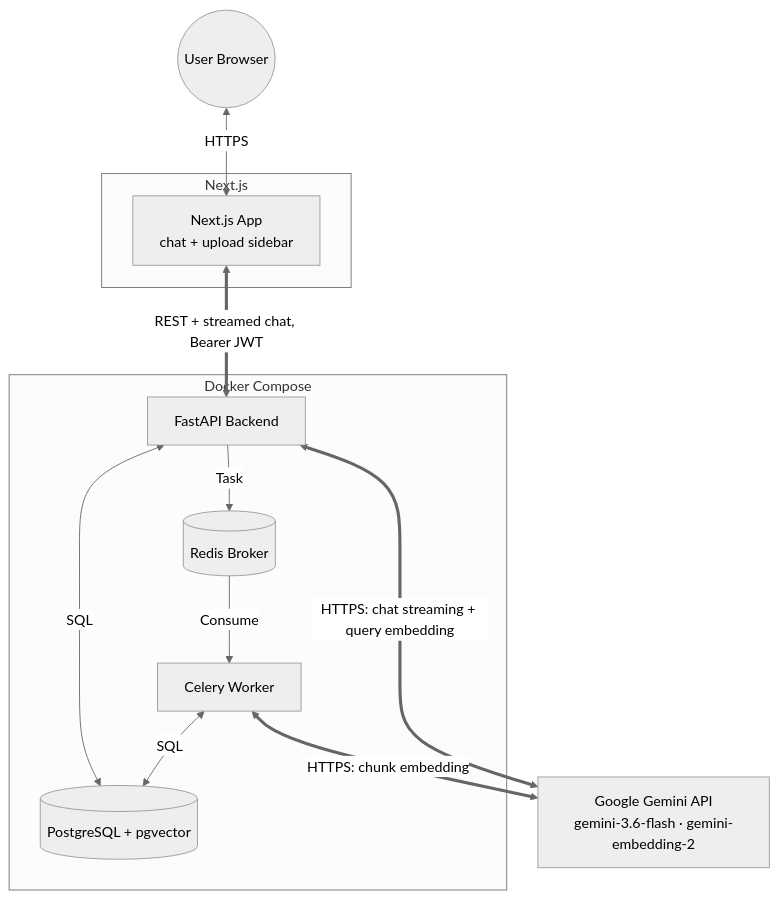
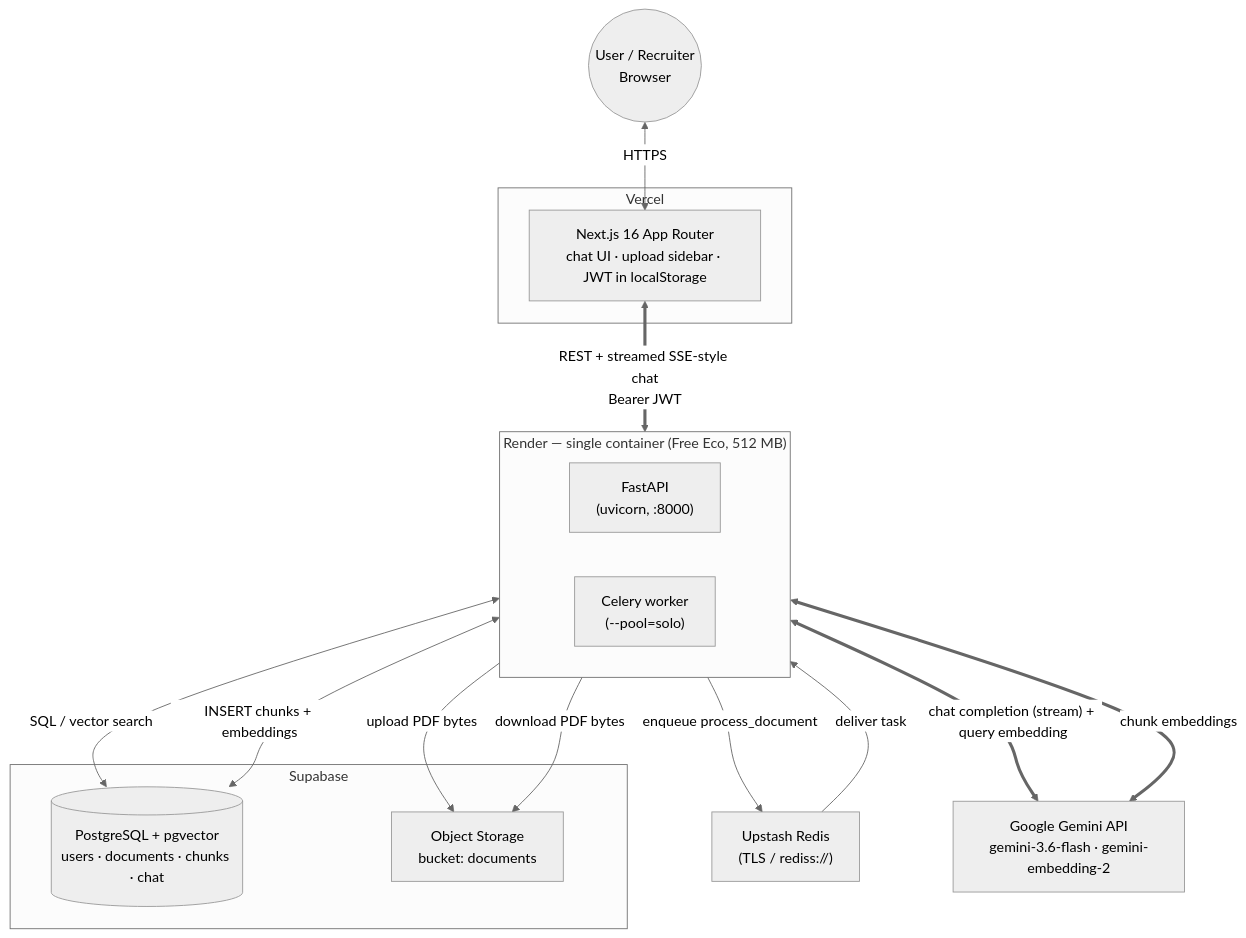
One commit to AdityaKishore0698/DocuMind changed the diagram in README.md. Above: the diagram before and after it, drawn with Mermaid (neutral theme). The commit also changed other lines of this file and 4 other files, not shown here.

Commit message:
feat: markdown chat rendering + recruiter-facing README (architecture overview, cold-start notice)

````diff
--- a/README.md
+++ b/README.md
@@ -55,27 +25,37 @@
 ```mermaid
 graph TD
-    User((User Browser))
+    User((User / Recruiter<br/>Browser))
 
-    subgraph Next.js
-        FE[Next.js App<br/>chat + upload sidebar]
+    subgraph Vercel
+        FE["Next.js 16 App Router<br/>chat UI · upload sidebar · JWT in localStorage"]
     end
 
-    subgraph Docker Compose
-        API[FastAPI Backend]
-        Worker[Celery Worker]
-        DB[(PostgreSQL + pgvector)]
-        Redis[(Redis Broker)]
-
-        API <-->|SQL| DB
-        API -->|Task| Redis
-        Redis -->|Consume| Worker
-        Worker <-->|SQL| DB
+    subgraph "Render — single container (Free Eco, 512 MB)"
+        direction LR
+        API["FastAPI<br/>(uvicorn, :8000)"]
+        WORKER["Celery worker<br/>(--pool=solo)"]
     end
 
-    Gemini[Google Gemini API<br/>gemini-3.6-flash · gemini-embedding-2]
+    subgraph Supabase
+        PG[("PostgreSQL + pgvector<br/>users · documents · chunks · chat")]
+        OBJ["Object Storage<br/>bucket: documents"]
+    end
+
+    REDIS["Upstash Redis<br/>(TLS / rediss://)"]
+    GEMINI["Google Gemini API<br/>gemini-3.6-flash · gemini-embedding-2"]
 
     User <-->|HTTPS| FE
-    FE <==>|REST + streamed chat, Bearer JWT| API
-    API <==>|HTTPS: chat streaming + query embedding| Gemini
-    Worker <==>|HTTPS: chunk embedding| Gemini
+    FE <==>|"REST + streamed SSE-style chat<br/>Bearer JWT"| API
+
+    API -->|"enqueue process_document"| REDIS
+    REDIS -->|deliver task| WORKER
+
+    API <-->|SQL / vector search| PG
+    WORKER <-->|"INSERT chunks + embeddings"| PG
+
+    API -->|"upload PDF bytes"| OBJ
+    WORKER -->|"download PDF bytes"| OBJ
+
+    API <==>|"chat completion (stream) + query embedding"| GEMINI
+    WORKER <==>|"chunk embeddings"| GEMINI
 ```
````
